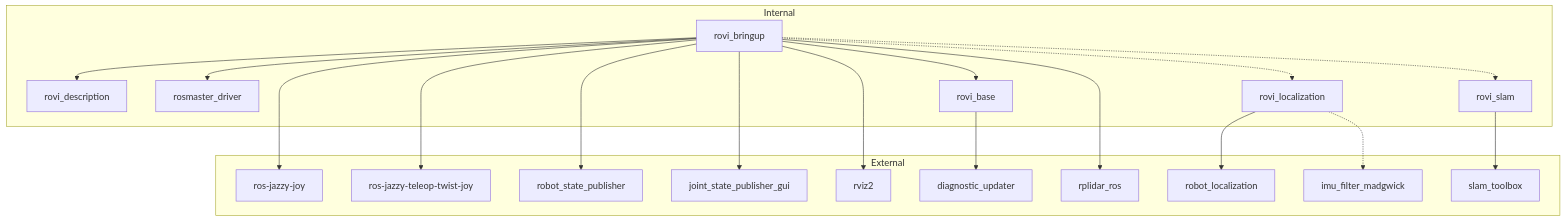
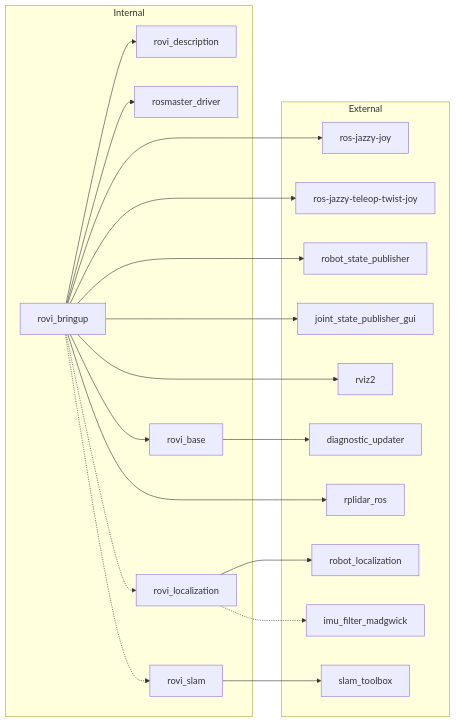
The sixth of 6 diagrams in README.md (Roblibs/rovi_ros_ws), drawn with Mermaid before and after one commit. The commit also changed other lines of this file and 3 other files, not shown here.

````diff
--- a/README.md
+++ b/README.md
@@ -250,42 +261,42 @@
 ```mermaid
-flowchart TD
+flowchart LR
   subgraph Internal
     RoviBringup[rovi_bringup]
     RoviDesc[rovi_description]
     Rosmaster[rosmaster_driver]
     RoviBase[rovi_base]
     RoviLoc[rovi_localization]
     RoviSlam[rovi_slam]
   end
 
   subgraph External
     Joy[ros-jazzy-joy]
     Teleop[ros-jazzy-teleop-twist-joy]
   RSP[robot_state_publisher]
   JSPG[joint_state_publisher_gui]
   RVIZ[rviz2]
   Diag[diagnostic_updater]
   RPLidar[rplidar_ros]
   EKF[robot_localization]
   ImuFilter[imu_filter_madgwick]
   SlamToolbox[slam_toolbox]
   end
 
   RoviBringup --> RoviDesc
   RoviBringup --> Rosmaster
   RoviBringup --> RoviBase
   RoviBringup -.-> RoviLoc
   RoviBringup -.-> RoviSlam
   RoviBringup --> Joy
   RoviBringup --> Teleop
   RoviBringup --> RSP
   RoviBringup --> JSPG
   RoviBringup --> RVIZ
   RoviBringup --> RPLidar
 
   RoviBase --> Diag
 
   RoviLoc --> EKF
   RoviLoc -.-> ImuFilter
   RoviSlam --> SlamToolbox
 ```
````
